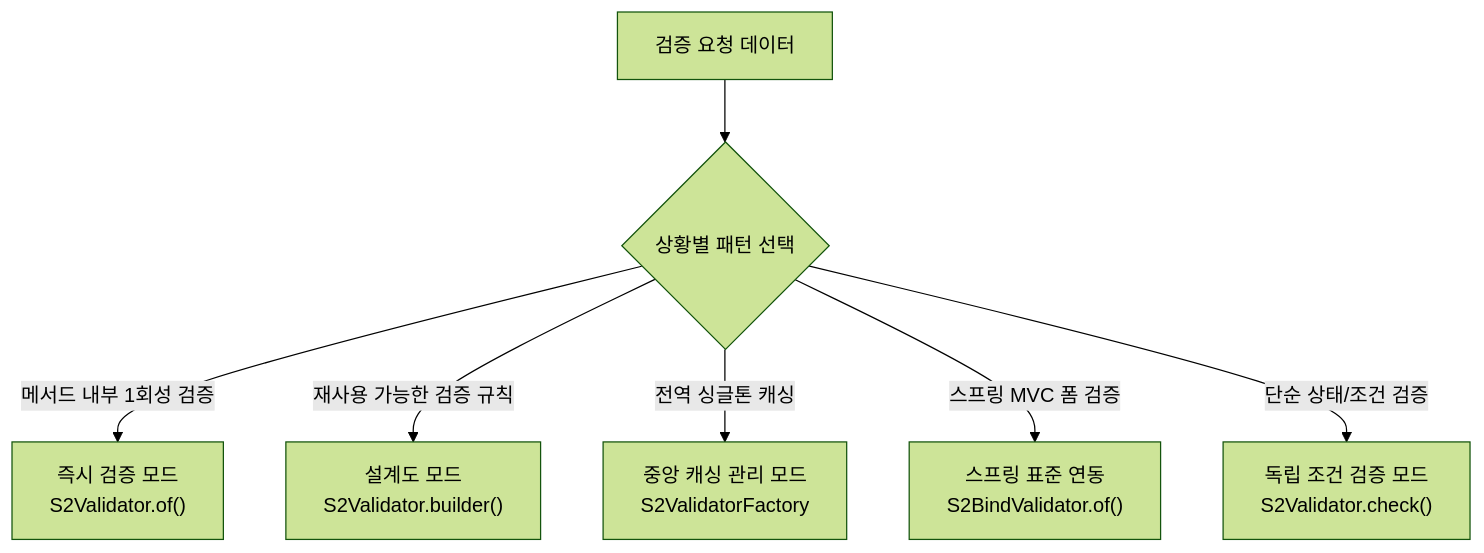
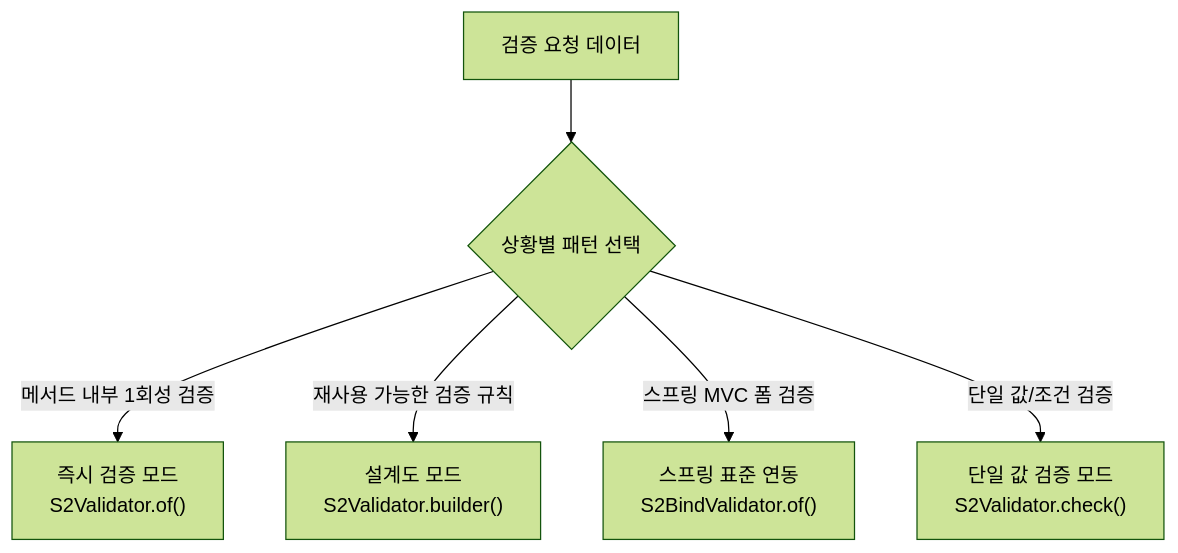
One commit to devers2/s2-util changed the first of 2 diagrams in MANUAL.ko.md. Above: the diagram before and after it, drawn with Mermaid (forest theme). The commit also changed other lines of this file and 17 other files, not shown here.

````diff
--- a/MANUAL.ko.md
+++ b/MANUAL.ko.md
@@ -159,9 +158,8 @@
 ```mermaid
 flowchart TD
     Req["검증 요청 데이터"] --> Choice{"상황별 패턴 선택"}
     Choice -->|"메서드 내부 1회성 검증"| A["즉시 검증 모드<br>S2Validator.of()"]
     Choice -->|"재사용 가능한 검증 규칙"| B["설계도 모드<br>S2Validator.builder()"]
-    Choice -->|"전역 싱글톤 캐싱"| C["중앙 캐싱 관리 모드<br>S2ValidatorFactory"]
-    Choice -->|"스프링 MVC 폼 검증"| D["스프링 표준 연동<br>S2BindValidator.of()"]
-    Choice -->|"단순 상태/조건 검증"| E["독립 조건 검증 모드<br>S2Validator.check()"]
+    Choice -->|"스프링 MVC 폼 검증"| C["스프링 표준 연동<br>S2BindValidator.of()"]
+    Choice -->|"단일 값/조건 검증"| D["단일 값 검증 모드<br>S2Validator.check()"]
 ```
````
